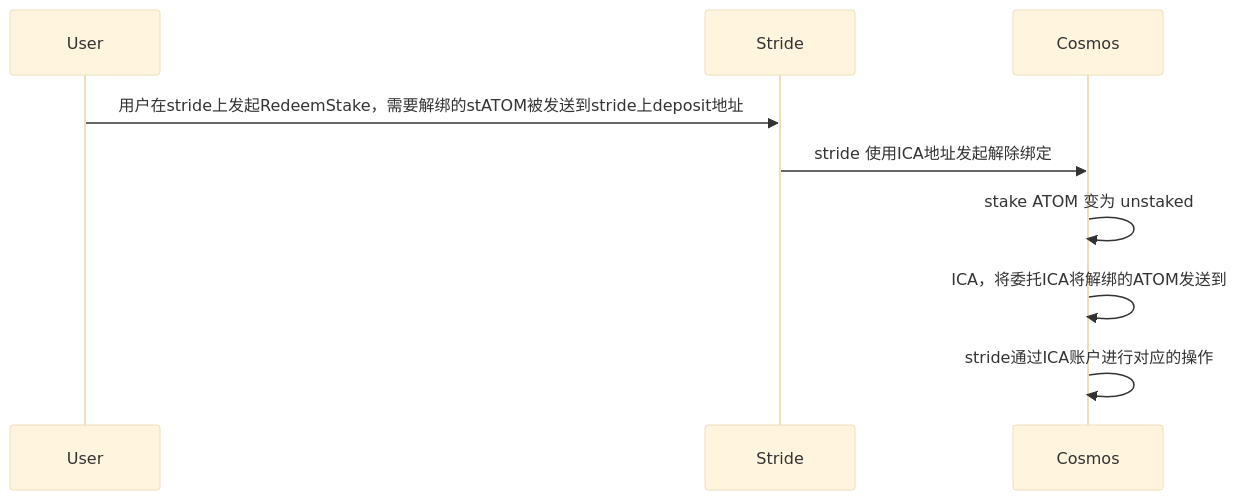
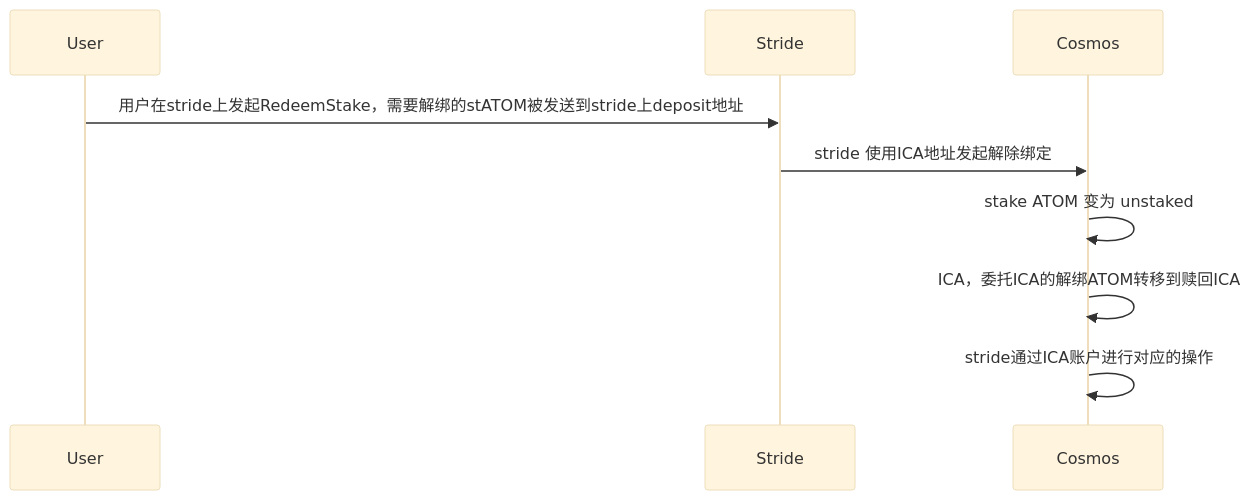
Before and after one commit to yingjianzh/iodraw-files: the diagram in all/unbonding.md, drawn with Mermaid (base theme).

Commit message:
2024-03-28 15:33:31 update

````diff
--- a/all/unbonding.md
+++ b/all/unbonding.md
@@ -1,8 +1,8 @@
 ```mermaid
 sequenceDiagram
     User->>Stride: 用户在stride上发起RedeemStake，需要解绑的stATOM被发送到stride上deposit地址
     Stride->>Cosmos: stride 使用ICA地址发起解除绑定
     Cosmos->>Cosmos: stake ATOM 变为 unstaked
-    Cosmos->>Cosmos: ICA，将委托ICA将解绑的ATOM发送到
+    Cosmos->>Cosmos: ICA，委托ICA的解绑ATOM转移到赎回ICA
     Cosmos->>Cosmos: stride通过ICA账户进行对应的操作
 ```
````
